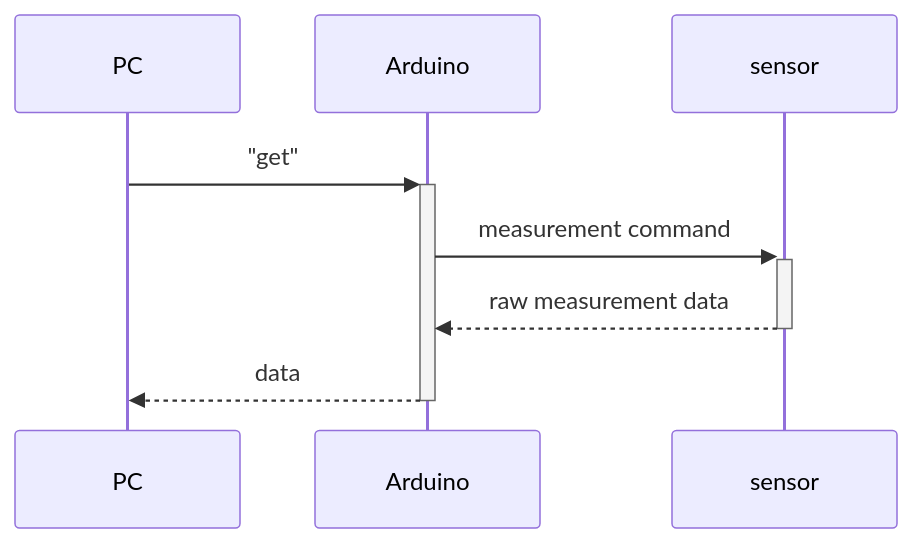
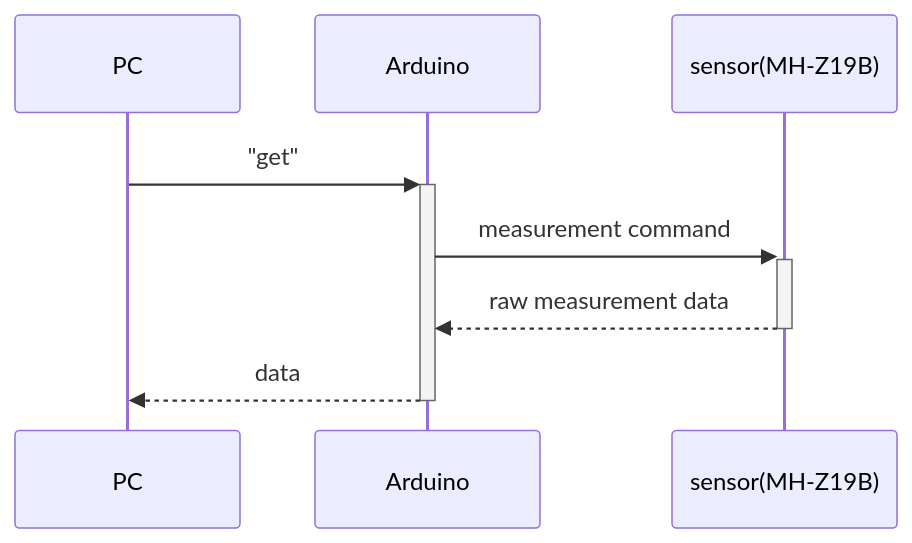
One commit to toms74209200/arduino_gtest_sample changed the diagram in README.md. Above: the diagram before and after it, drawn with Mermaid. The commit also changed other lines of this file, not shown here.

````diff
--- a/README.md
+++ b/README.md
@@ -9,12 +11,12 @@
 ```mermaid
 sequenceDiagram
 
 participant p as PC
 participant a as Arduino
-participant s as sensor
+participant s as sensor(MH-Z19B)
 
 p ->>+ a: "get"
 a ->>+ s: measurement command
 s -->>- a: raw measurement data
 a -->>- p: data
 ```
````
